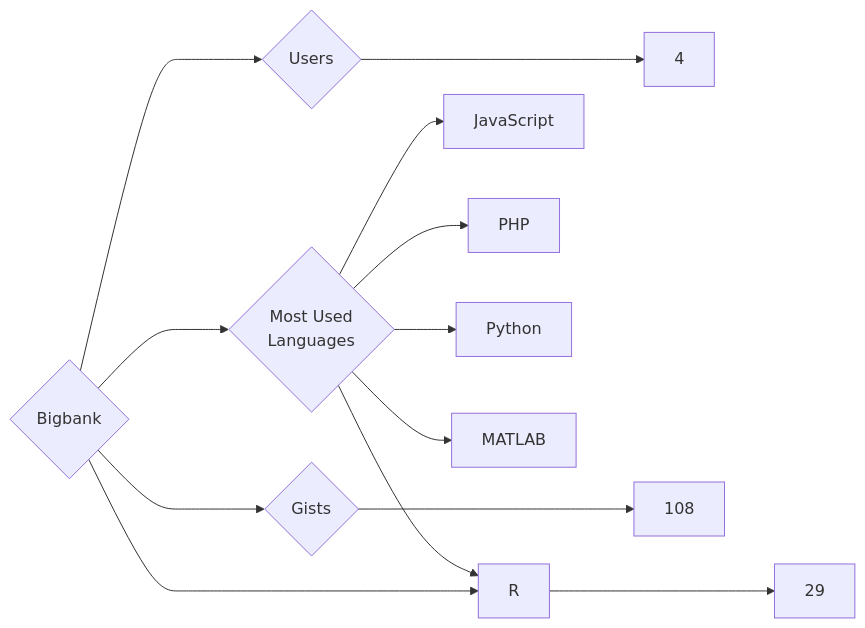
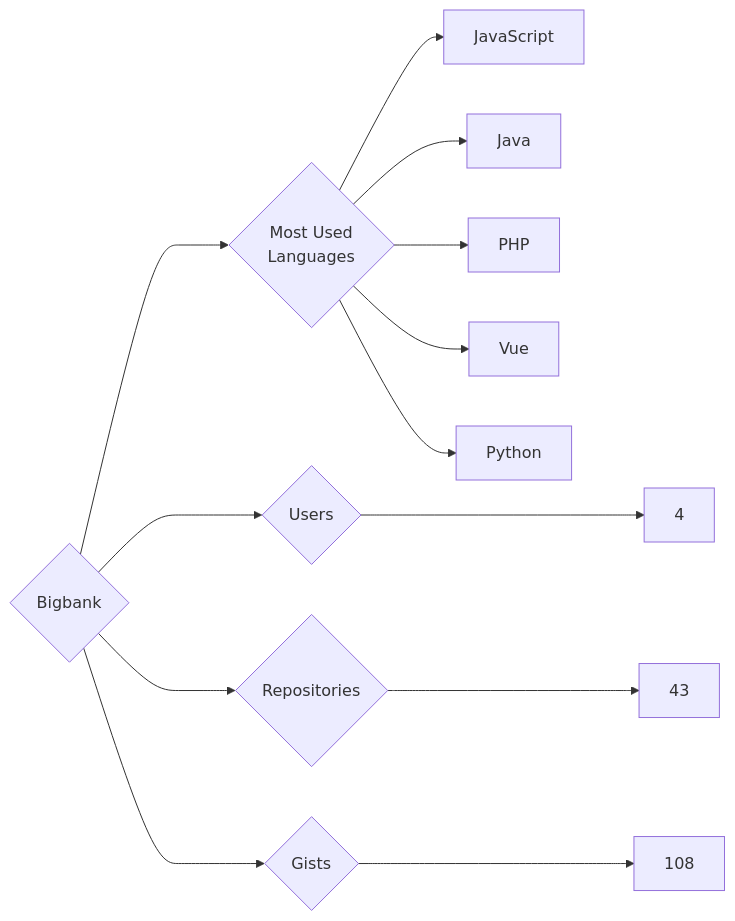
The diagram in targets/Bigbank/README.md (trickest/insiders), drawn with Mermaid before and after one commit. The commit also changed 1195 other files, not shown here.

````diff
--- a/targets/Bigbank/README.md
+++ b/targets/Bigbank/README.md
@@ -3,13 +3,13 @@
 ```mermaid
 graph LR
 COMPANY_NAME{Bigbank}
 COMPANY_NAME ---> U{Users} ---> UN[4]
-COMPANY_NAME ---> R{Repositories} ---> RN[29]
+COMPANY_NAME ---> R{Repositories} ---> RN[43]
 COMPANY_NAME ---> G{Gists} ---> GN[108]
 COMPANY_NAME ---> ML{Most Used<br>Languages}
 ML --> JavaScript[JavaScript]
+ML --> Java[Java]
 ML --> PHP[PHP]
+ML --> Vue[Vue]
 ML --> Python[Python]
-ML --> MATLAB[MATLAB]
-ML --> R[R]
 ```
````
